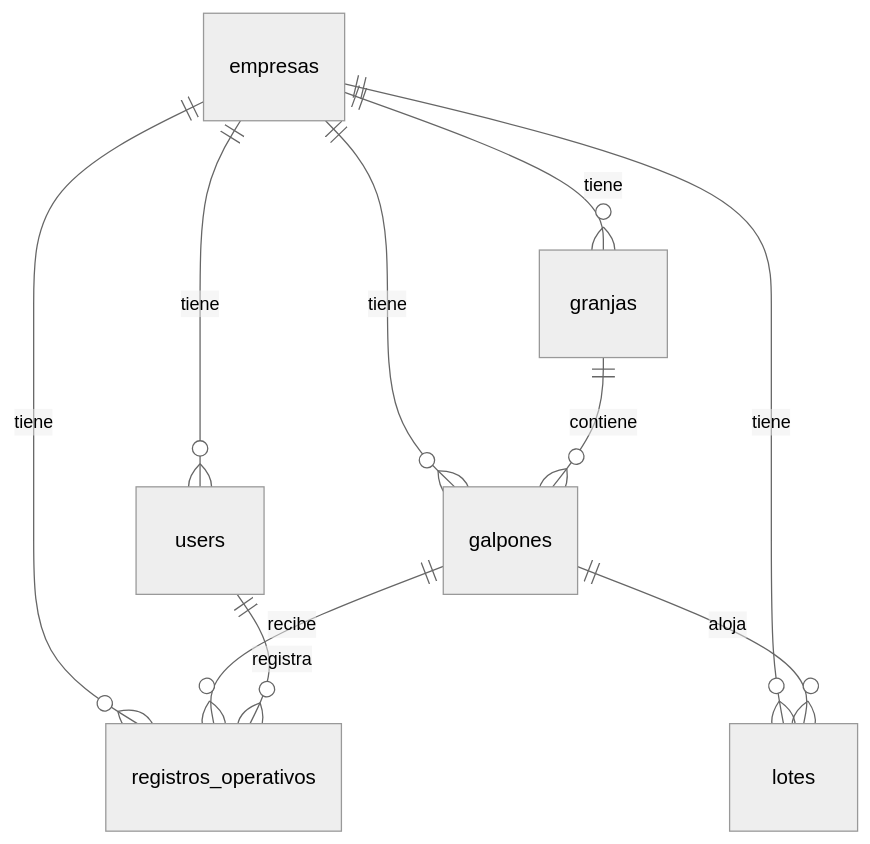
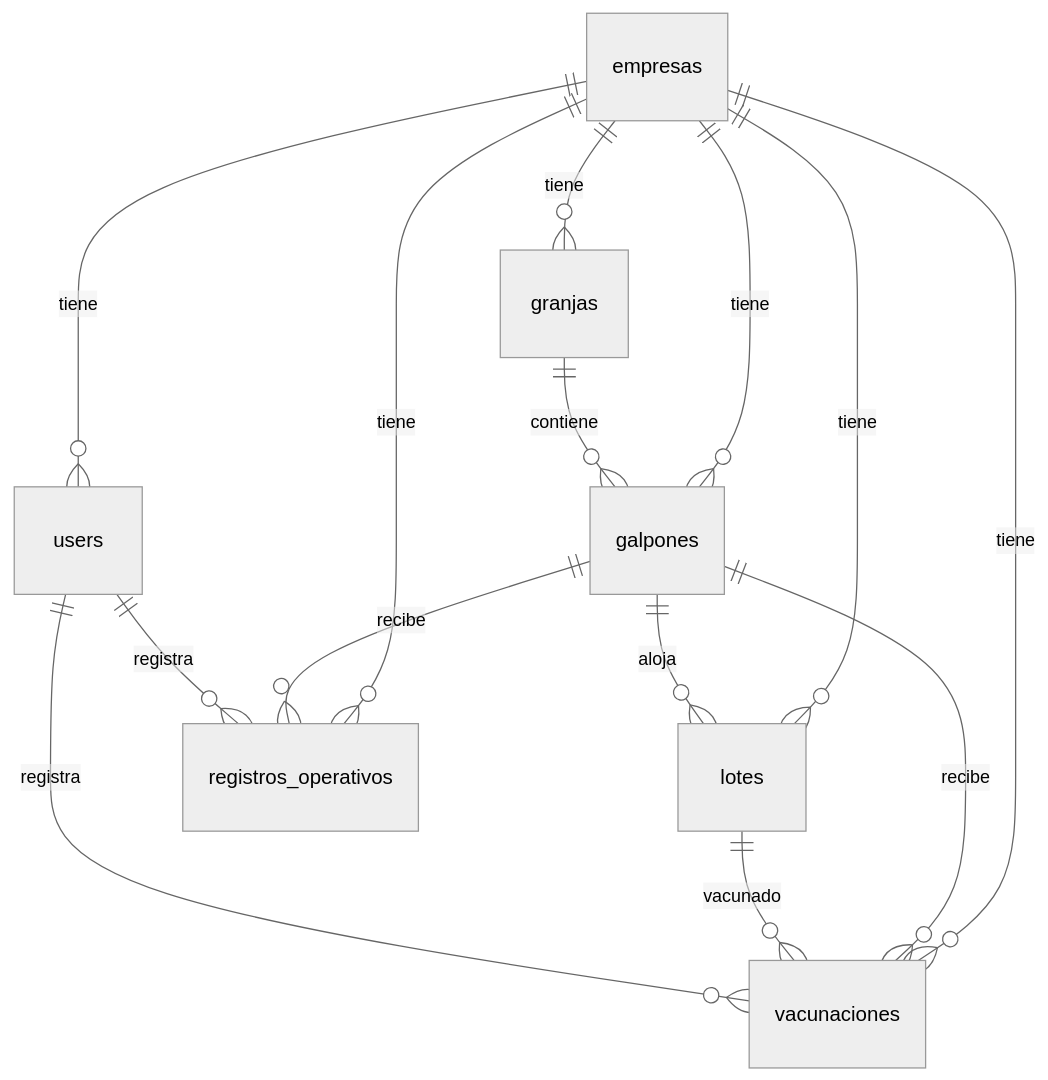
The diagram in .cursor/skills/avicore-modelo-datos/references/esquema-bd.md (MarioB235/avi-core), drawn with Mermaid (neutral theme) before and after one commit. The commit also changed other lines of this file and 36 other files, not shown here.

````diff
--- a/.cursor/skills/avicore-modelo-datos/references/esquema-bd.md
+++ b/.cursor/skills/avicore-modelo-datos/references/esquema-bd.md
@@ -14,12 +14,16 @@
 ```mermaid
 erDiagram
     empresas ||--o{ users : tiene
     empresas ||--o{ granjas : tiene
     empresas ||--o{ galpones : tiene
     empresas ||--o{ lotes : tiene
     empresas ||--o{ registros_operativos : tiene
+    empresas ||--o{ vacunaciones : tiene
     granjas ||--o{ galpones : contiene
     galpones ||--o{ lotes : aloja
     galpones ||--o{ registros_operativos : recibe
+    galpones ||--o{ vacunaciones : recibe
+    lotes ||--o{ vacunaciones : vacunado
     users ||--o{ registros_operativos : registra
+    users ||--o{ vacunaciones : registra
 ```
````
